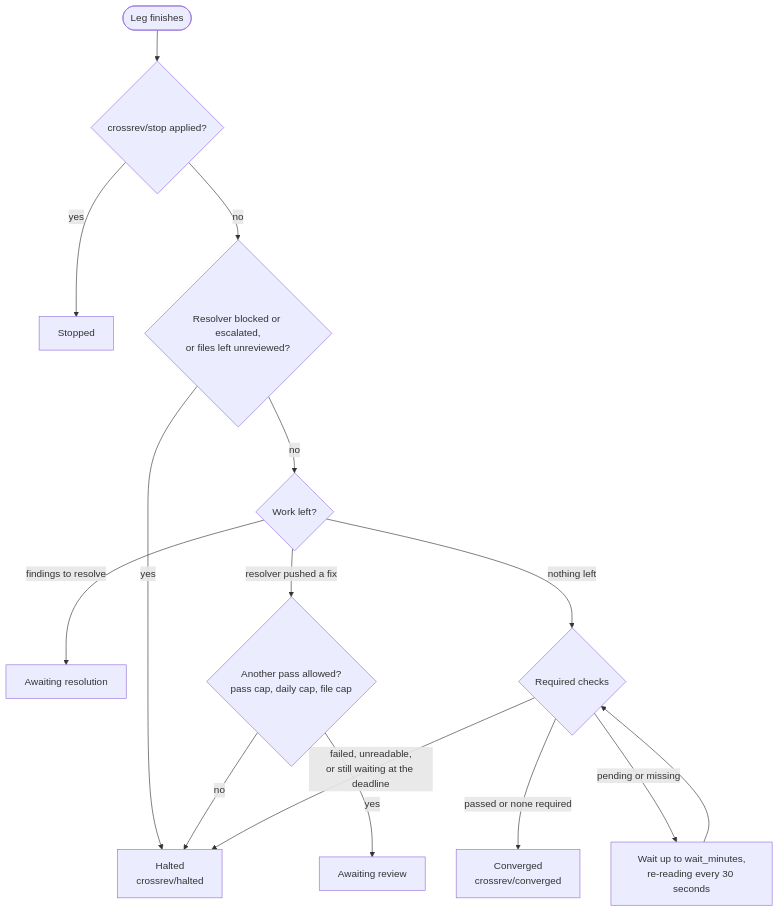
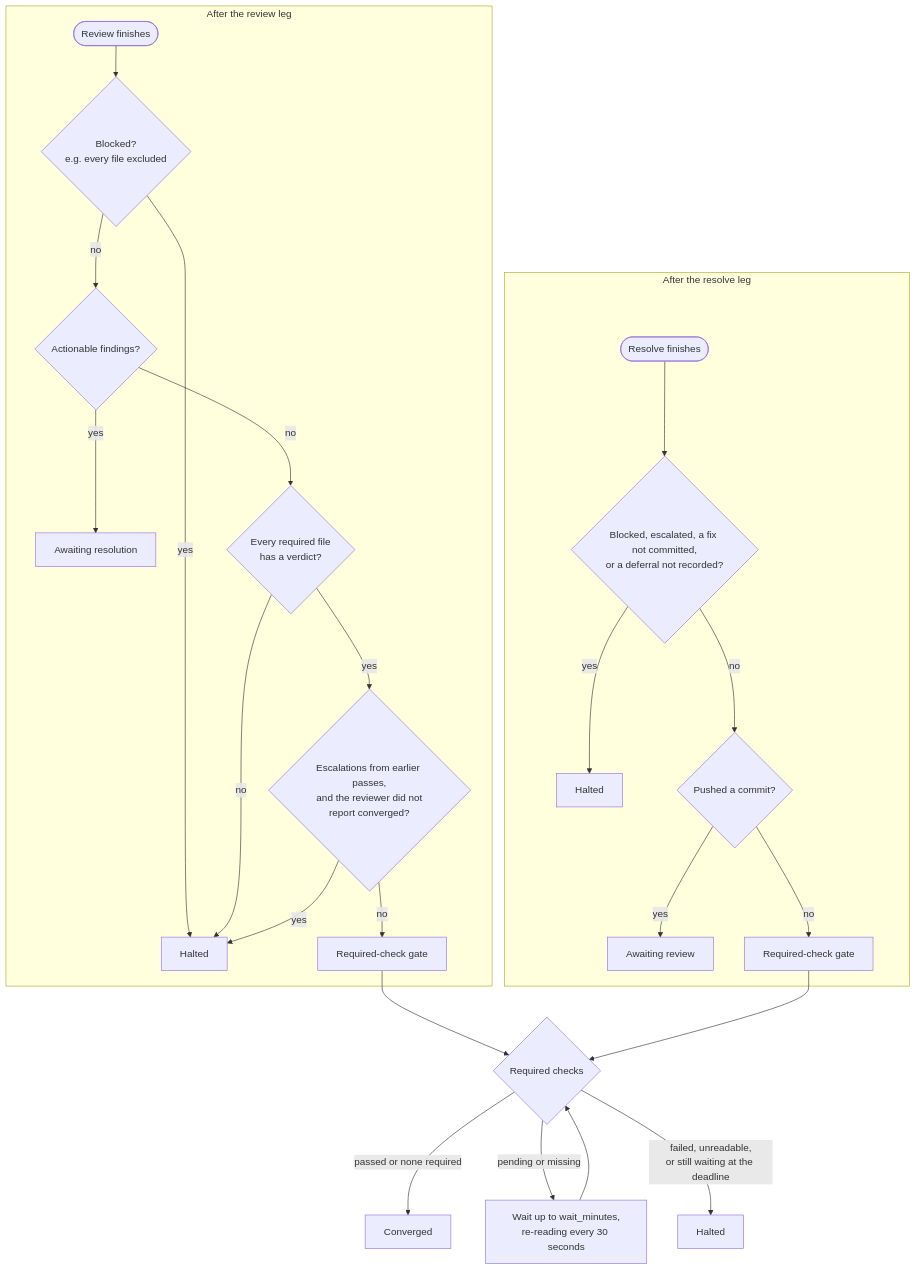
One commit to carlosboeing/crossrev changed the fourth of 7 diagrams in docs/architecture.md. Above: the diagram before and after it, drawn with Mermaid. The commit also changed other lines of this file, not shown here.

Commit message:
docs(architecture): fix the end-of-pass rules, isolation and gates
- One diagram per leg, so coverage debt with findings hands over and a
  converged review clears earlier escalations, as the label rules do.
- Checker safety failures stop the pass; comments can land top-level;
  the 0.75 threshold is about shared context; only Codex and Claude
  Code have the command tripwire; opencode accepts 1.x and 2.x; the
  watchdog retries both legs.

Claude-Session: https://claude.ai/code/session_016RYRNpjt4FAG7wApTEqhLw

````diff
--- a/docs/architecture.md
+++ b/docs/architecture.md
@@ -164,17 +164,28 @@
 ```mermaid
 flowchart TD
-    start(["Leg finishes"]) --> stop{"crossrev/stop applied?"}
-    stop -->|yes| stopped["Stopped"]
-    stop -->|no| blocked{"Resolver blocked or escalated,<br/>or files left unreviewed?"}
-    blocked -->|yes| halted["Halted<br/>crossrev/halted"]
-    blocked -->|no| work{"Work left?"}
-    work -->|"findings to resolve"| res["Awaiting resolution"]
-    work -->|"resolver pushed a fix"| more{"Another pass allowed?<br/>pass cap, daily cap, file cap"}
-    more -->|yes| rev["Awaiting review"]
-    more -->|no| halted
-    work -->|nothing left| gate{"Required checks"}
-    gate -->|"passed or none required"| conv["Converged<br/>crossrev/converged"]
+    subgraph rv["After the review leg"]
+        r0(["Review finishes"]) --> r1{"Blocked?<br/>e.g. every file excluded"}
+        r1 -->|yes| rh["Halted"]
+        r1 -->|no| r2{"Actionable findings?"}
+        r2 -->|yes| rr["Awaiting resolution"]
+        r2 -->|no| r3{"Every required file<br/>has a verdict?"}
+        r3 -->|no| rh
+        r3 -->|yes| r4{"Escalations from earlier passes,<br/>and the reviewer did not<br/>report converged?"}
+        r4 -->|yes| rh
+        r4 -->|no| rg["Required-check gate"]
+    end
+    subgraph sv["After the resolve leg"]
+        s0(["Resolve finishes"]) --> s1{"Blocked, escalated, a fix not committed,<br/>or a deferral not recorded?"}
+        s1 -->|yes| sh["Halted"]
+        s1 -->|no| s2{"Pushed a commit?"}
+        s2 -->|yes| sr["Awaiting review"]
+        s2 -->|no| sg["Required-check gate"]
+    end
+    gate{"Required checks"}
+    rg --> gate
+    sg --> gate
+    gate -->|"passed or none required"| conv["Converged"]
     gate -->|"pending or missing"| wait["Wait up to wait_minutes,<br/>re-reading every 30 seconds"]
     wait --> gate
-    gate -->|"failed, unreadable,<br/>or still waiting at the deadline"| halted
+    gate -->|"failed, unreadable,<br/>or still waiting at the deadline"| gh["Halted"]
 ```
````
